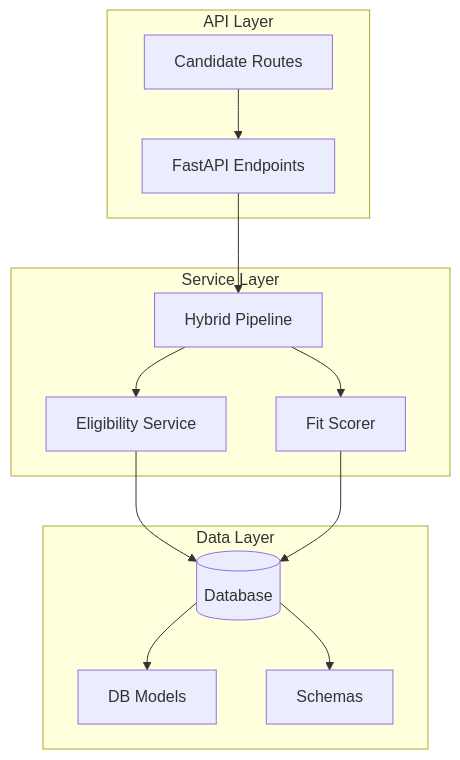
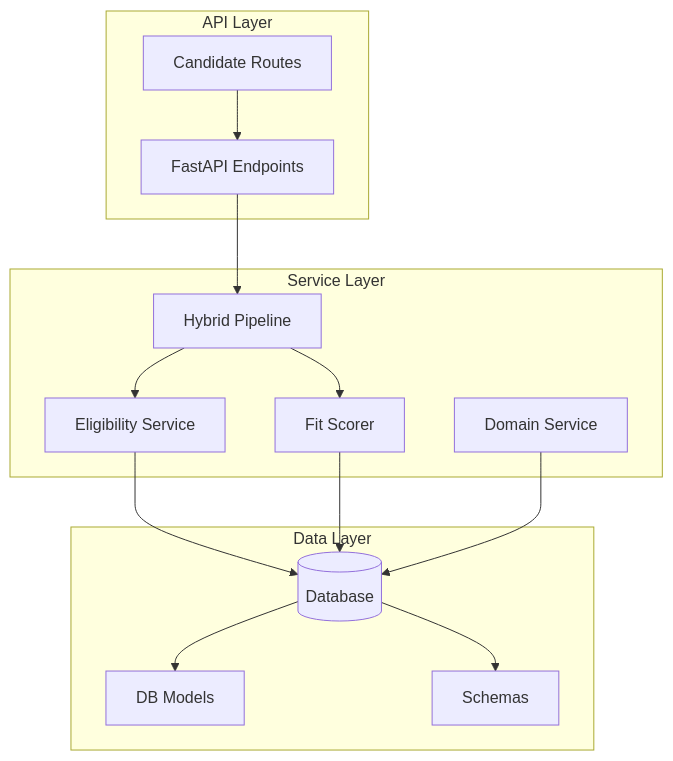
The first of 8 diagrams in .qoder/repowiki/en/content/Analysis Engine/Eligibility Engine.md (Revanththetalogics/aireume), drawn with Mermaid before and after one commit. The commit also changed other lines of this file and 41 other files, not shown here.

````diff
--- a/.qoder/repowiki/en/content/Analysis Engine/Eligibility Engine.md
+++ b/.qoder/repowiki/en/content/Analysis Engine/Eligibility Engine.md
@@ -36,25 +49,27 @@
 ```mermaid
 graph TB
 subgraph "API Layer"
 Routes[Candidate Routes]
 API[FastAPI Endpoints]
 end
 subgraph "Service Layer"
 HybridPipeline[Hybrid Pipeline]
 EligibilityService[Eligibility Service]
 FitScorer[Fit Scorer]
+DomainService[Domain Service]
 end
 subgraph "Data Layer"
 DB[(Database)]
 Models[DB Models]
 Schemas[Schemas]
 end
 Routes --> API
 API --> HybridPipeline
 HybridPipeline --> EligibilityService
 HybridPipeline --> FitScorer
 EligibilityService --> DB
 FitScorer --> DB
+DomainService --> DB
 DB --> Models
 DB --> Schemas
 ```
````
